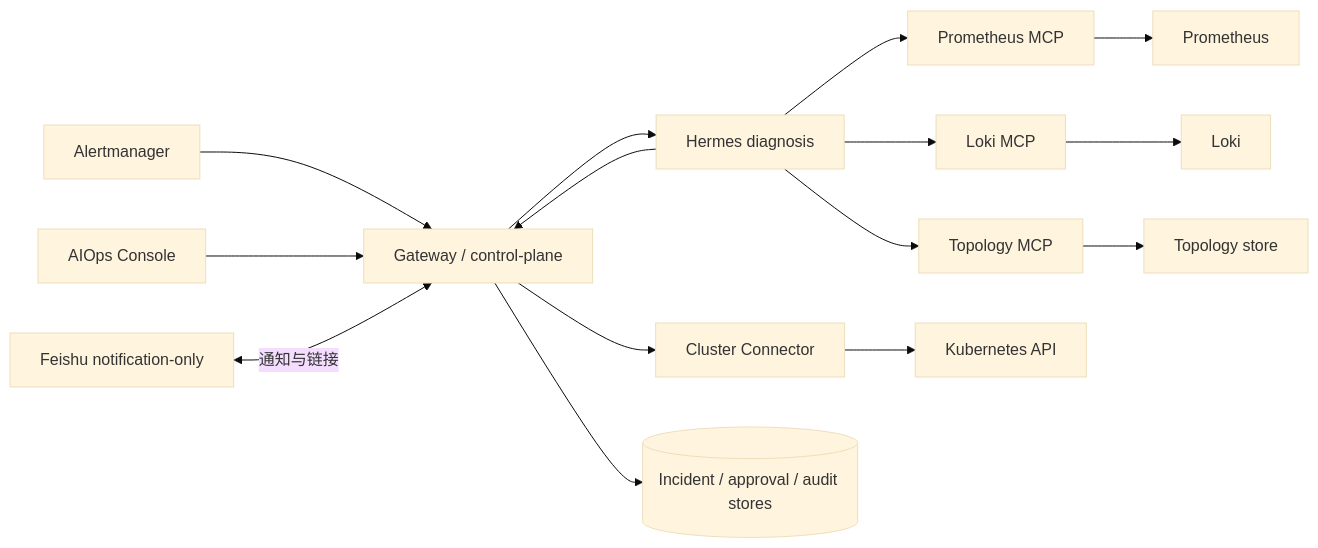
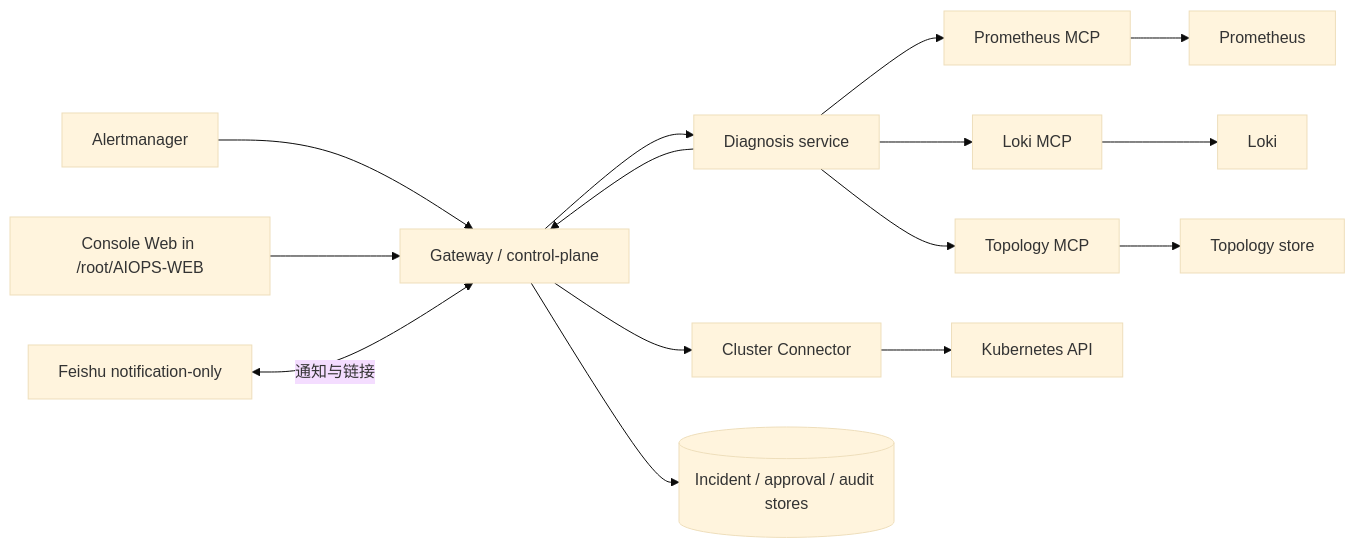
One commit to Timeless0927/AIops changed the first of 5 diagrams in docs/architecture-diagrams.md. Above: the diagram before and after it, drawn with Mermaid (base theme). The commit also changed other lines of this file and 121 other files, not shown here.

````diff
--- a/docs/architecture-diagrams.md
+++ b/docs/architecture-diagrams.md
@@ -9,19 +7,19 @@
 ```mermaid
 flowchart LR
     Alertmanager[Alertmanager] --> Gateway[Gateway / control-plane]
-    Console[AIOps Console] --> Gateway
+    Console[Console Web in /root/AIOPS-WEB] --> Gateway
     Feishu[Feishu notification-only] <-->|通知与链接| Gateway
 
-    Gateway --> Hermes[Hermes diagnosis]
+    Gateway --> Diagnosis[Diagnosis service]
     Gateway --> Connector[Cluster Connector]
-    Hermes --> Gateway
-    Hermes --> PromMCP[Prometheus MCP]
-    Hermes --> LokiMCP[Loki MCP]
-    Hermes --> TopologyMCP[Topology MCP]
+    Diagnosis --> Gateway
+    Diagnosis --> PromMCP[Prometheus MCP]
+    Diagnosis --> LokiMCP[Loki MCP]
+    Diagnosis --> TopologyMCP[Topology MCP]
 
     Connector --> K8s[Kubernetes API]
     PromMCP --> Prometheus[Prometheus]
     LokiMCP --> Loki[Loki]
     TopologyMCP --> TopologyStore[Topology store]
-    Gateway --> IncidentStore[(Incident / approval / audit stores)]
+    Gateway --> Stores[(Incident / approval / audit stores)]
 ```
````
